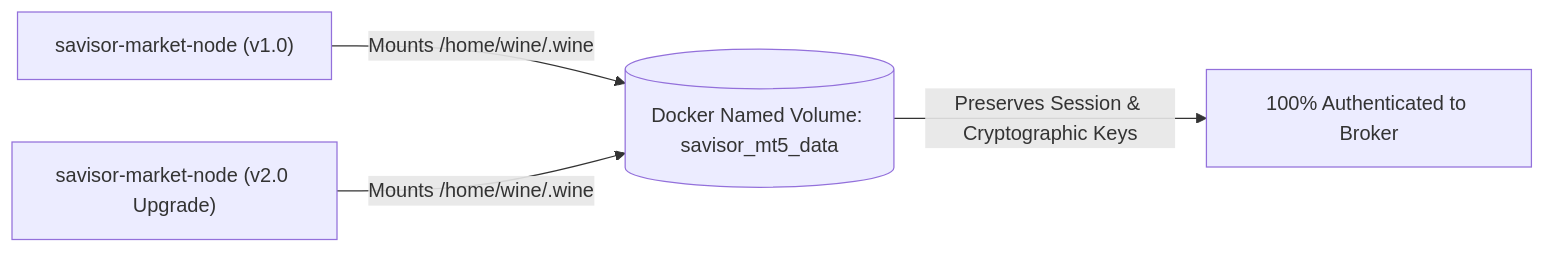
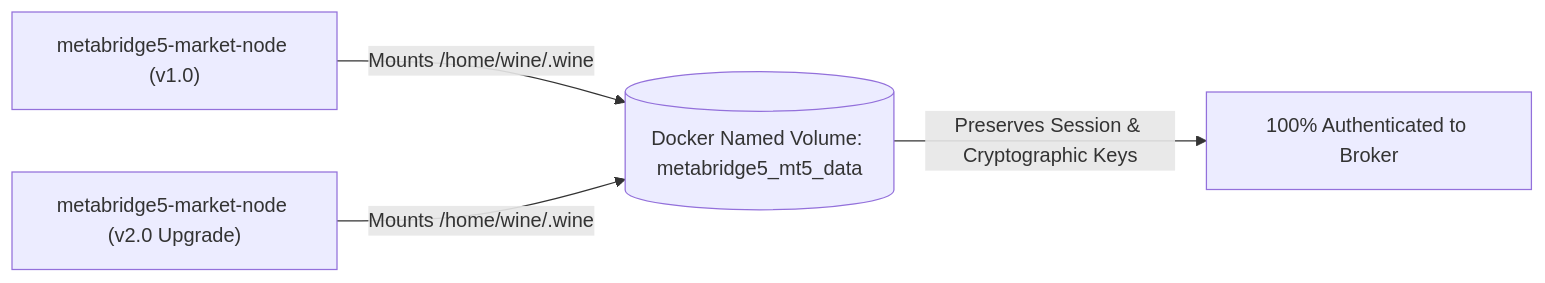
Before and after one commit to devffex/MetaBridge5: the second of 6 diagrams in apps/market-gateway/docs/authentication_persistence.md, drawn with Mermaid. The commit also changed other lines of this file and 74 other files, not shown here.

````diff
--- a/apps/market-gateway/docs/authentication_persistence.md
+++ b/apps/market-gateway/docs/authentication_persistence.md
@@ -49,6 +49,6 @@
 ```mermaid
 flowchart LR
-    ContainerV1["savisor-market-node (v1.0)"] -->|"Mounts /home/wine/.wine"| Volume[("Docker Named Volume: savisor_mt5_data")]
-    ContainerV2["savisor-market-node (v2.0 Upgrade)"] -->|"Mounts /home/wine/.wine"| Volume
+    ContainerV1["metabridge5-market-node (v1.0)"] -->|"Mounts /home/wine/.wine"| Volume[("Docker Named Volume: metabridge5_mt5_data")]
+    ContainerV2["metabridge5-market-node (v2.0 Upgrade)"] -->|"Mounts /home/wine/.wine"| Volume
     Volume -->|"Preserves Session & Cryptographic Keys"| Connected["100% Authenticated to Broker"]
 ```
````
